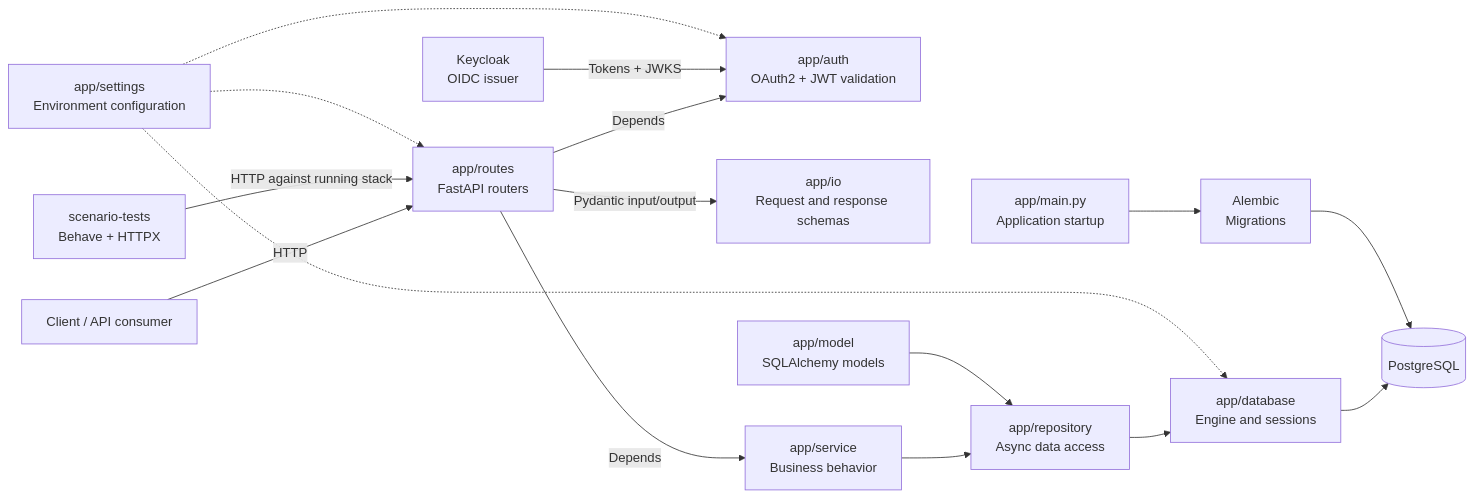
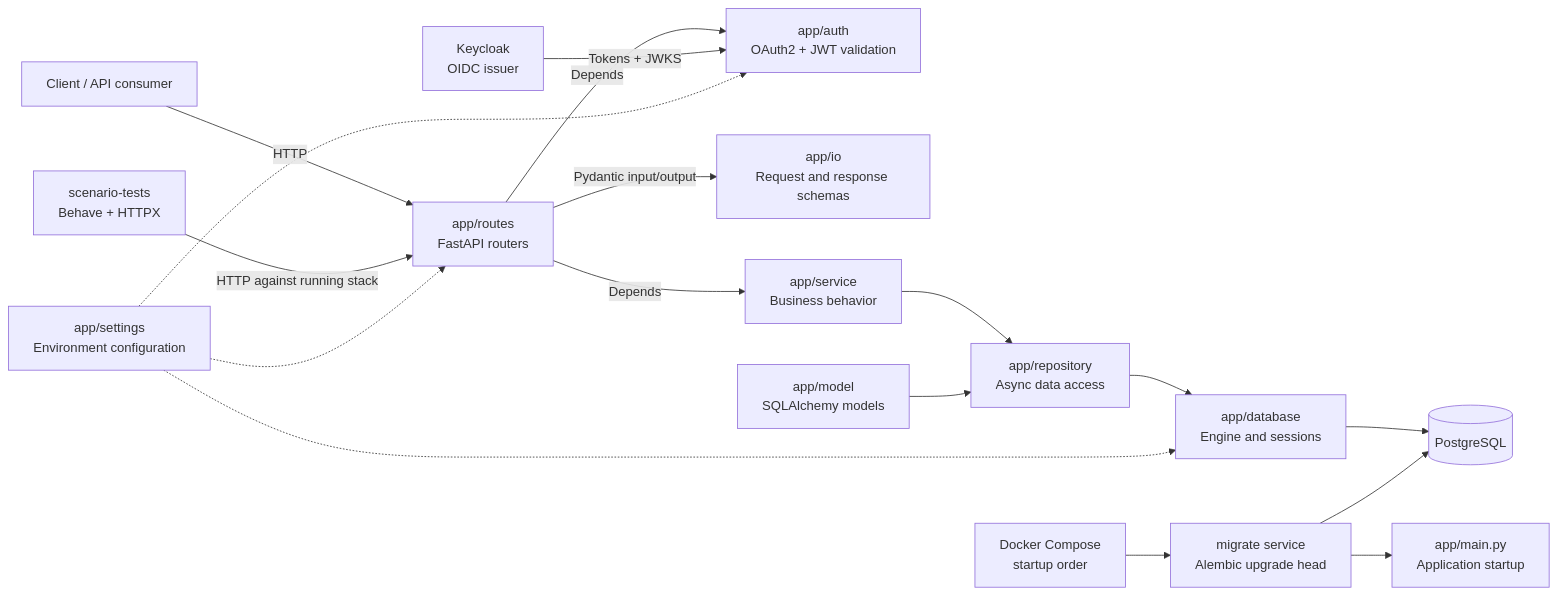
One commit to Subhransu-De/FastAPI-Template changed the diagram in README.md. Above: the diagram before and after it, drawn with Mermaid. The commit also changed other lines of this file and 9 other files, not shown here.

Commit message:
Separate app and migration Docker images

````diff
--- a/README.md
+++ b/README.md
@@ -46,23 +46,24 @@
 ```mermaid
 flowchart LR
     client["Client / API consumer"] -->|"HTTP"| routes["app/routes<br/>FastAPI routers"]
     scenario["scenario-tests<br/>Behave + HTTPX"] -->|"HTTP against running stack"| routes
 
     routes -->|"Depends"| auth["app/auth<br/>OAuth2 + JWT validation"]
     keycloak["Keycloak<br/>OIDC issuer"] -->|"Tokens + JWKS"| auth
 
     routes -->|"Pydantic input/output"| io["app/io<br/>Request and response schemas"]
     routes -->|"Depends"| service["app/service<br/>Business behavior"]
     service --> repository["app/repository<br/>Async data access"]
     repository --> database["app/database<br/>Engine and sessions"]
     model["app/model<br/>SQLAlchemy models"] --> repository
     database --> postgres[("PostgreSQL")]
 
-    main["app/main.py<br/>Application startup"] --> alembic["Alembic<br/>Migrations"]
+    compose["Docker Compose<br/>startup order"] --> alembic["migrate service<br/>Alembic upgrade head"]
     alembic --> postgres
+    alembic --> main["app/main.py<br/>Application startup"]
 
     settings["app/settings<br/>Environment configuration"] -.-> routes
     settings -.-> database
     settings -.-> auth
 
 ```
````
